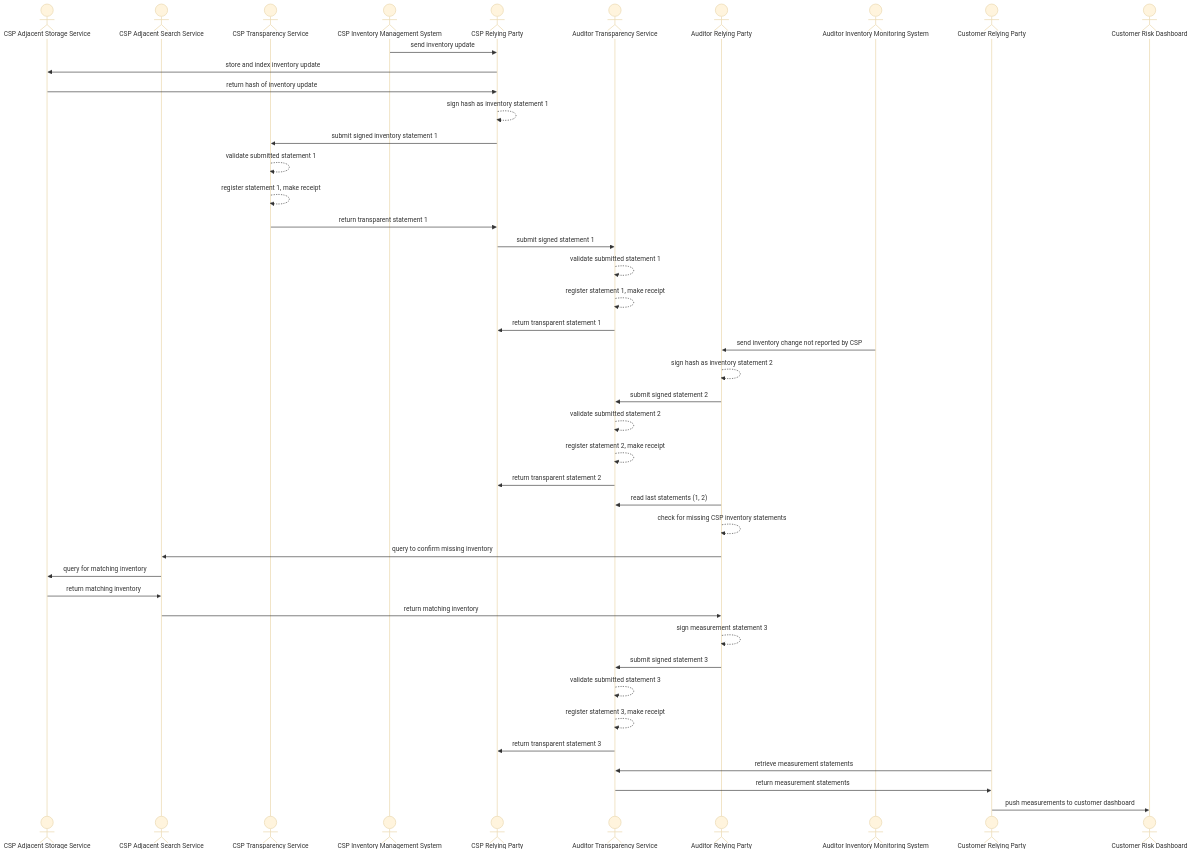
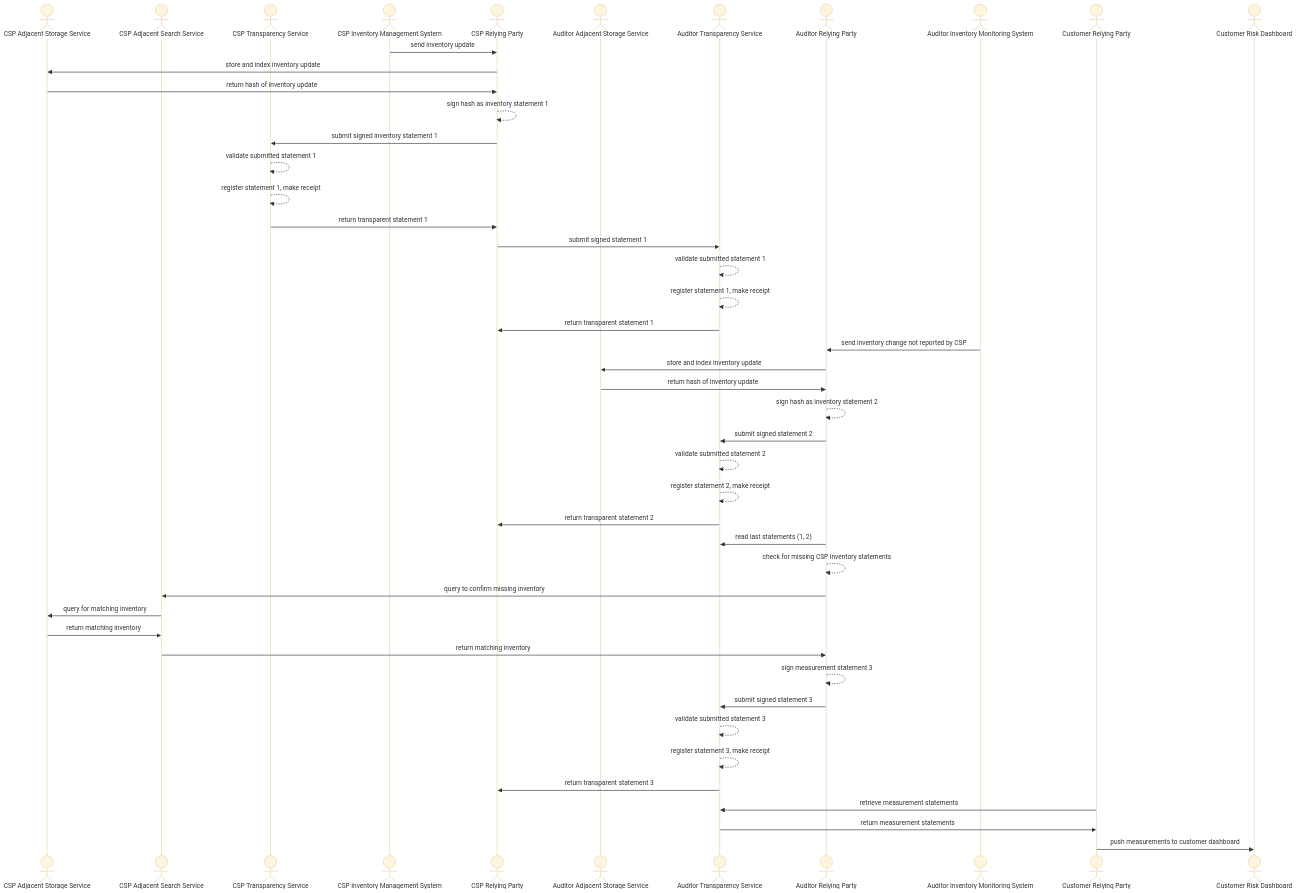
One commit to aj-stein/conmotion changed the diagram in docs/use-case_inventory.mmd. Above: the diagram before and after it, drawn with Mermaid (base theme). The commit also changed 1 other file, not shown here.

Commit message:
Woops, correct flow adjacent service use in UC flows

```diff
--- a/docs/use-case_inventory.mmd
+++ b/docs/use-case_inventory.mmd
@@ -1,43 +1,46 @@
   sequenceDiagram
           actor CSP_TS_STORE as CSP Adjacent Storage Service
           actor CSP_TS_SEARCH as CSP Adjacent Search Service
           actor CSP_TS as CSP Transparency Service
           actor CSP_IMS as CSP Inventory Management System
           actor CSP_RP as CSP Relying Party
+          actor AUDITOR_TS_STORE as Auditor Adjacent Storage Service        
           actor AUDITOR_TS as Auditor Transparency Service
           actor AUDITOR_RP as Auditor Relying Party
           actor AUDITOR_IMS as Auditor Inventory Monitoring System
           actor CUSTOMER_RP as Customer Relying Party
           actor CUSTOMER_GRC as Customer Risk Dashboard
           CSP_IMS->>CSP_RP: send inventory update
           CSP_RP->>CSP_TS_STORE: store and index inventory update
           CSP_TS_STORE->>CSP_RP: return hash of inventory update
           CSP_RP-->>CSP_RP: sign hash as inventory statement 1
           CSP_RP->>CSP_TS: submit signed inventory statement 1
           CSP_TS-->>CSP_TS: validate submitted statement 1
           CSP_TS-->>CSP_TS: register statement 1, make receipt
           CSP_TS->>CSP_RP: return transparent statement 1
           CSP_RP->>AUDITOR_TS: submit signed statement 1
           AUDITOR_TS-->>AUDITOR_TS: validate submitted statement 1
           AUDITOR_TS-->>AUDITOR_TS: register statement 1, make receipt
           AUDITOR_TS->>CSP_RP: return transparent statement 1
           AUDITOR_IMS->>AUDITOR_RP: send inventory change not reported by CSP
+          AUDITOR_RP->>AUDITOR_TS_STORE: store and index inventory update
+          AUDITOR_TS_STORE->>AUDITOR_RP: return hash of inventory update          
           AUDITOR_RP-->>AUDITOR_RP: sign hash as inventory statement 2
           AUDITOR_RP->>AUDITOR_TS: submit signed statement 2
           AUDITOR_TS-->>AUDITOR_TS: validate submitted statement 2
           AUDITOR_TS-->>AUDITOR_TS: register statement 2, make receipt
           AUDITOR_TS->>CSP_RP: return transparent statement 2
           AUDITOR_RP->>AUDITOR_TS: read last statements (1, 2)
           AUDITOR_RP-->>AUDITOR_RP: check for missing CSP inventory statements
           AUDITOR_RP->>CSP_TS_SEARCH: query to confirm missing inventory
           CSP_TS_SEARCH->>CSP_TS_STORE: query for matching inventory
           CSP_TS_STORE->>CSP_TS_SEARCH: return matching inventory
           CSP_TS_SEARCH->>AUDITOR_RP: return matching inventory
           AUDITOR_RP-->>AUDITOR_RP: sign measurement statement 3
           AUDITOR_RP->>AUDITOR_TS: submit signed statement 3
           AUDITOR_TS-->>AUDITOR_TS: validate submitted statement 3
           AUDITOR_TS-->>AUDITOR_TS: register statement 3, make receipt
           AUDITOR_TS->>CSP_RP: return transparent statement 3
           CUSTOMER_RP->>AUDITOR_TS: retrieve measurement statements
           AUDITOR_TS->>CUSTOMER_RP: return measurement statements
-          CUSTOMER_RP->>CUSTOMER_GRC: push measurements to customer dashboard 
+          CUSTOMER_RP->>CUSTOMER_GRC: push measurements to customer dashboard
```
